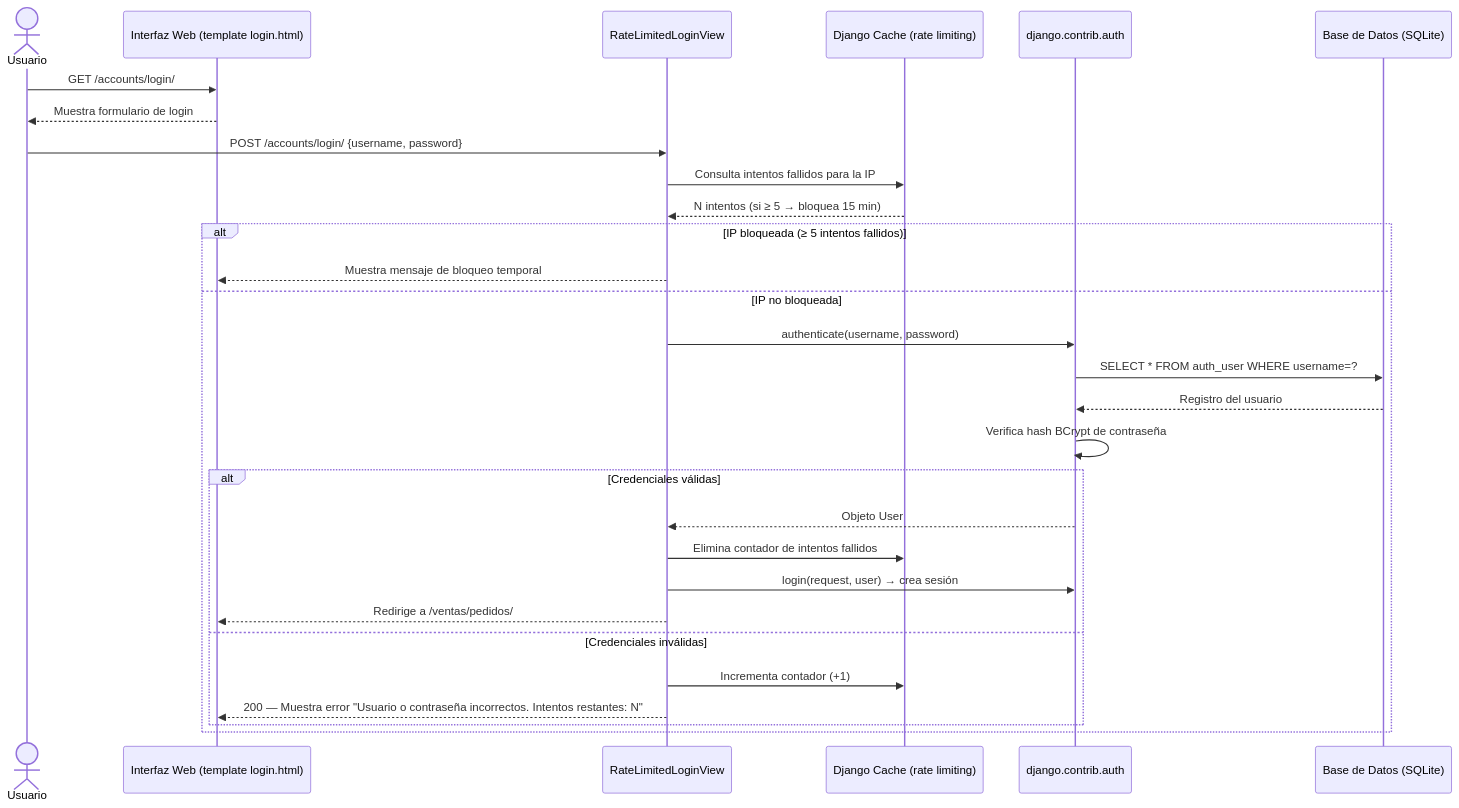
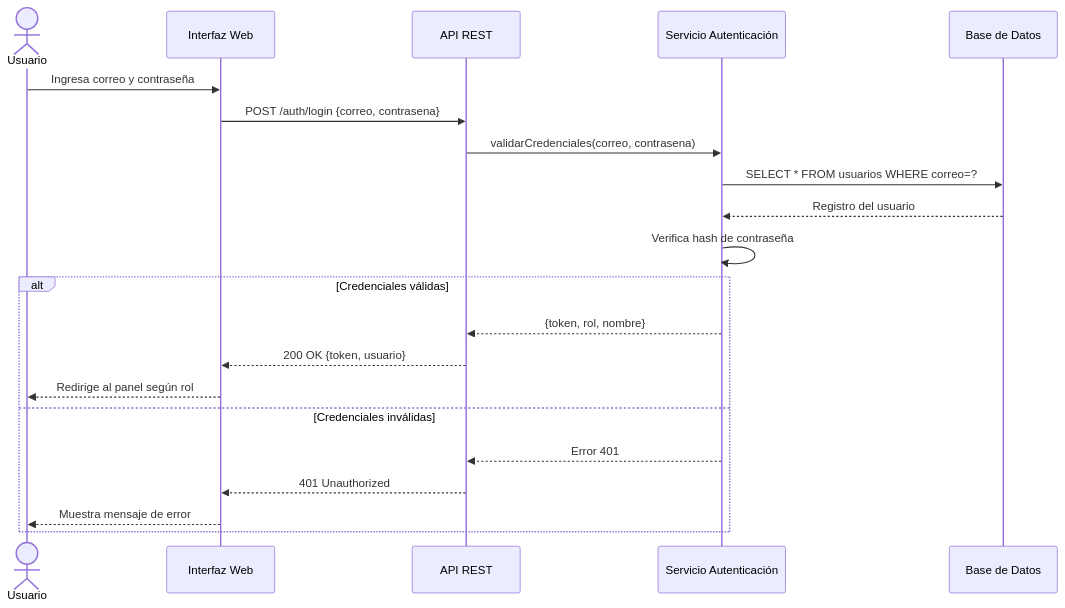
Before and after one commit to acmazoh/Gestion_pedidos_inventario: the first of 4 diagrams in docs/diagramas/diagrama_secuencia.md, drawn with Mermaid. The commit also changed other lines of this file and 80 other files, not shown here.

````diff
--- a/docs/diagramas/diagrama_secuencia.md
+++ b/docs/diagramas/diagrama_secuencia.md
@@ -9,34 +7,24 @@
 ```mermaid
 sequenceDiagram
     actor Usuario
-    participant UI as Interfaz Web (template login.html)
-    participant View as RateLimitedLoginView
-    participant Cache as Django Cache (rate limiting)
-    participant Auth as django.contrib.auth
-    participant DB as Base de Datos (SQLite)
+    participant UI as Interfaz Web
+    participant API as API REST
+    participant Auth as Servicio Autenticación
+    participant DB as Base de Datos
 
-    Usuario->>UI: GET /accounts/login/
-    UI-->>Usuario: Muestra formulario de login
-
-    Usuario->>View: POST /accounts/login/ {username, password}
-    View->>Cache: Consulta intentos fallidos para la IP
-    Cache-->>View: N intentos (si ≥ 5 → bloquea 15 min)
-
-    alt IP bloqueada (≥ 5 intentos fallidos)
-        View-->>UI: Muestra mensaje de bloqueo temporal
-    else IP no bloqueada
-        View->>Auth: authenticate(username, password)
-        Auth->>DB: SELECT * FROM auth_user WHERE username=?
-        DB-->>Auth: Registro del usuario
-        Auth->>Auth: Verifica hash BCrypt de contraseña
-        alt Credenciales válidas
-            Auth-->>View: Objeto User
-            View->>Cache: Elimina contador de intentos fallidos
-            View->>Auth: login(request, user) → crea sesión
-            View-->>UI: Redirige a /ventas/pedidos/
-        else Credenciales inválidas
-            View->>Cache: Incrementa contador (+1)
-            View-->>UI: 200 — Muestra error "Usuario o contraseña incorrectos. Intentos restantes: N"
-        end
+    Usuario->>UI: Ingresa correo y contraseña
+    UI->>API: POST /auth/login {correo, contrasena}
+    API->>Auth: validarCredenciales(correo, contrasena)
+    Auth->>DB: SELECT * FROM usuarios WHERE correo=?
+    DB-->>Auth: Registro del usuario
+    Auth->>Auth: Verifica hash de contraseña
+    alt Credenciales válidas
+        Auth-->>API: {token, rol, nombre}
+        API-->>UI: 200 OK {token, usuario}
+        UI-->>Usuario: Redirige al panel según rol
+    else Credenciales inválidas
+        Auth-->>API: Error 401
+        API-->>UI: 401 Unauthorized
+        UI-->>Usuario: Muestra mensaje de error
     end
 ```
````
